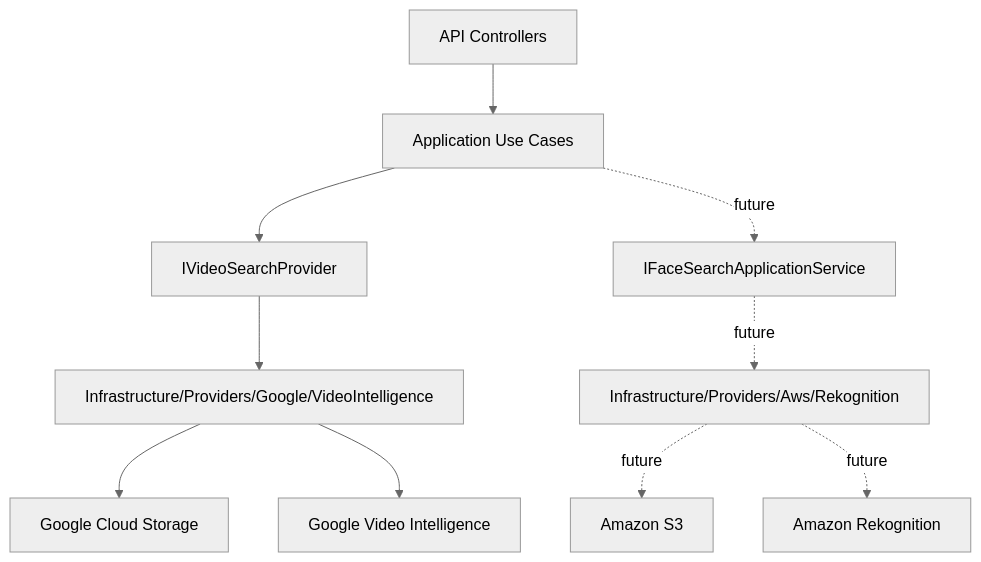
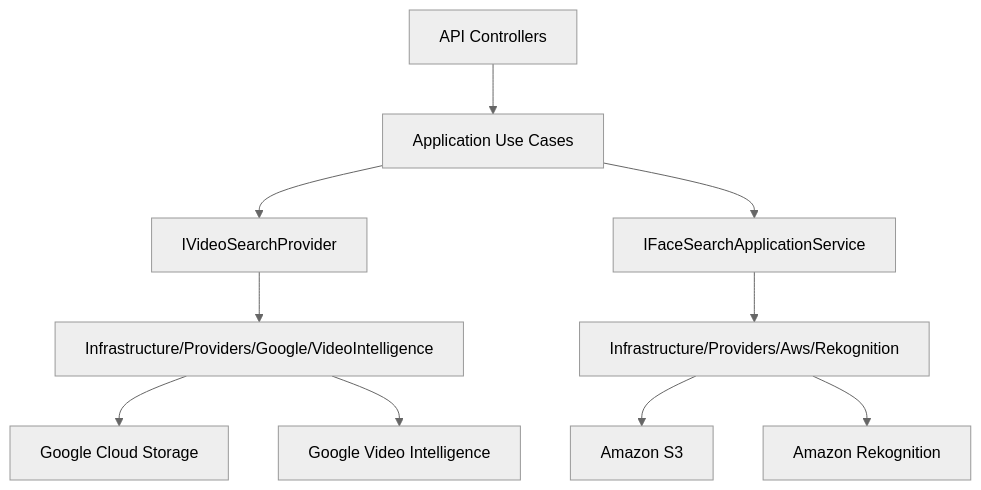
The first of 2 diagrams in docs/aws-rekognition-face-search.en.md (lokomurdok89/DeValpo.MediaIntelligence), drawn with Mermaid (neutral theme) before and after one commit. The commit also changed other lines of this file and 87 other files, not shown here.

````diff
--- a/docs/aws-rekognition-face-search.en.md
+++ b/docs/aws-rekognition-face-search.en.md
@@ -74,12 +79,12 @@
 ```mermaid
 flowchart TB
     API["API Controllers"] --> App["Application Use Cases"]
     App --> GooglePort["IVideoSearchProvider"]
-    App -. future .-> FacePort["IFaceSearchApplicationService"]
+    App --> FacePort["IFaceSearchApplicationService"]
     GooglePort --> GoogleProvider["Infrastructure/Providers/Google/VideoIntelligence"]
-    FacePort -. future .-> AwsProvider["Infrastructure/Providers/Aws/Rekognition"]
+    FacePort --> AwsProvider["Infrastructure/Providers/Aws/Rekognition"]
     GoogleProvider --> GCS["Google Cloud Storage"]
     GoogleProvider --> GVI["Google Video Intelligence"]
-    AwsProvider -. future .-> S3["Amazon S3"]
-    AwsProvider -. future .-> Rek["Amazon Rekognition"]
+    AwsProvider --> S3["Amazon S3"]
+    AwsProvider --> Rek["Amazon Rekognition"]
 ```
````
